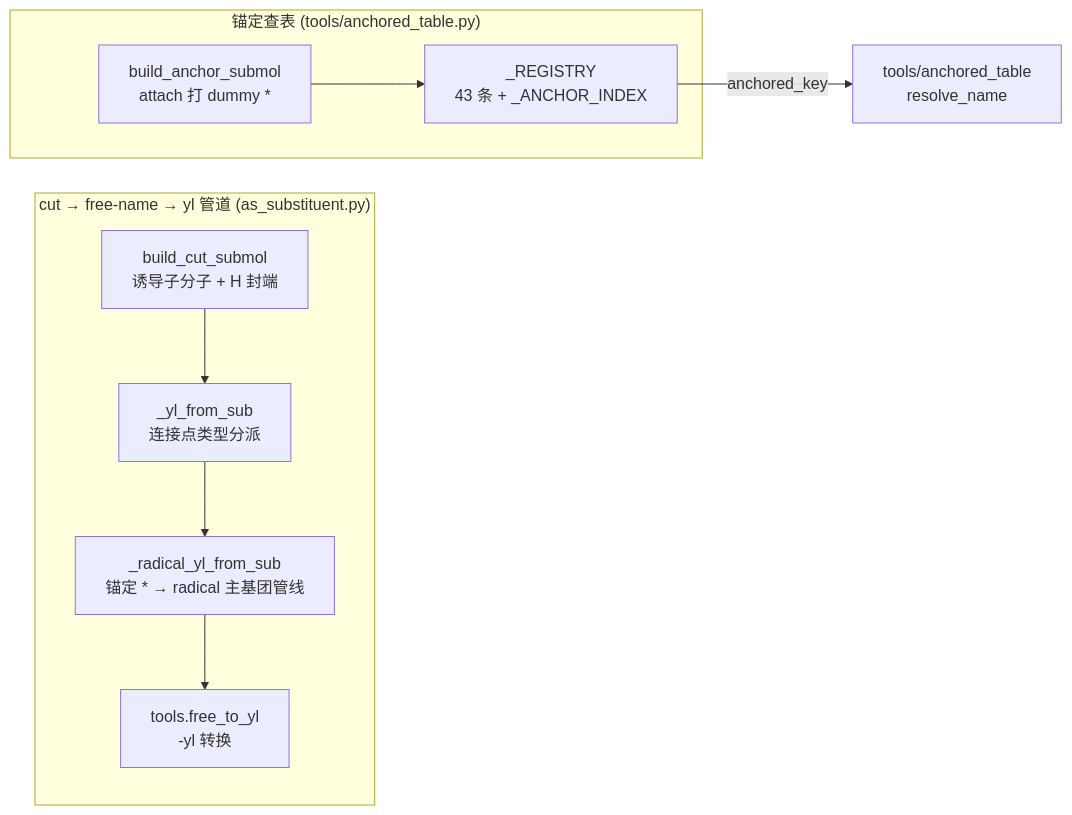
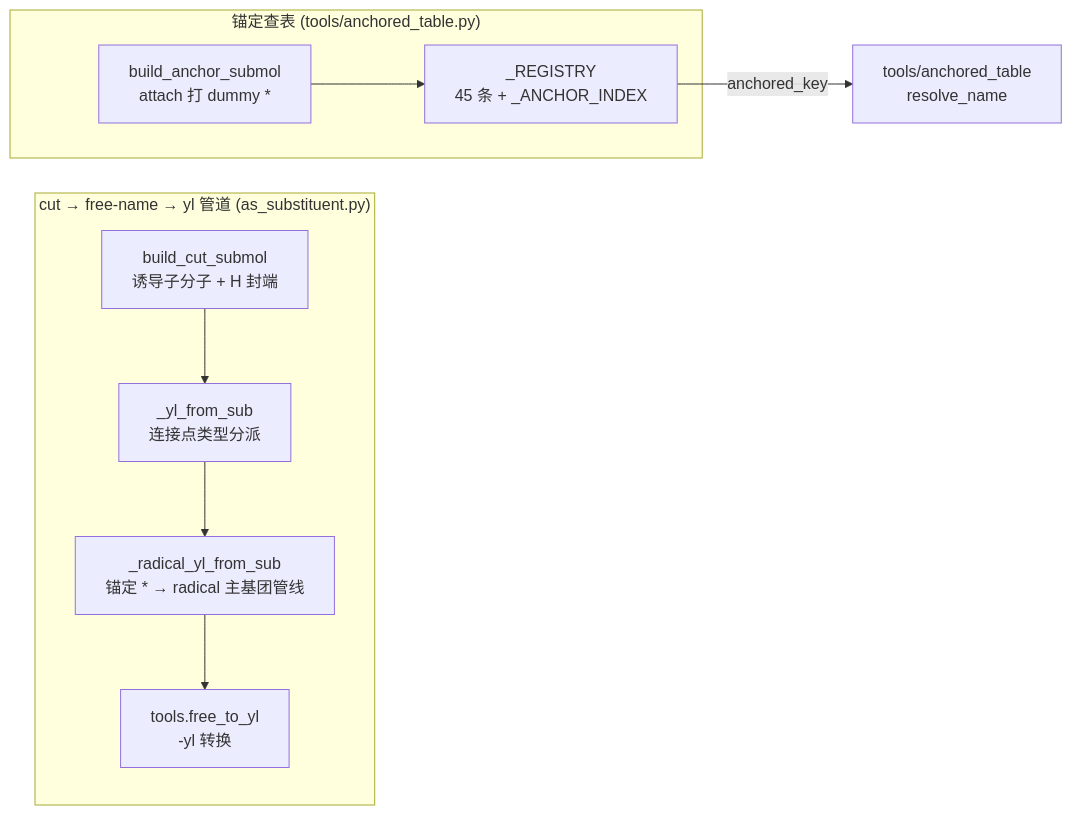
The second of 2 diagrams in docs/wiki/architecture/layer3-substituents.md (zouxiaofei1/OpenSMILES), drawn with Mermaid before and after one commit. The commit also changed other lines of this file and 14 other files, not shown here.

````diff
--- a/docs/wiki/architecture/layer3-substituents.md
+++ b/docs/wiki/architecture/layer3-substituents.md
@@ -164,20 +166,20 @@
 ```mermaid
 flowchart LR
     subgraph CUT["cut → free-name → yl 管道 (as_substituent.py)"]
         BC["build_cut_submol<br/>诱导子分子 + H 封端"]
         YL["_yl_from_sub<br/>连接点类型分派"]
         RAD["_radical_yl_from_sub<br/>锚定 * → radical 主基团管线"]
         FY["tools.free_to_yl<br/>-yl 转换"]
     end
 
     subgraph ANCHOR["锚定查表 (tools/anchored_table.py)"]
         BA["build_anchor_submol<br/>attach 打 dummy *"]
-        AT["_REGISTRY<br/>43 条 + _ANCHOR_INDEX"]
+        AT["_REGISTRY<br/>45 条 + _ANCHOR_INDEX"]
     end
 
     BC --> YL
     YL --> RAD
     RAD --> FY
     BA --> AT
     AT -->|"anchored_key"| REG["tools/anchored_table<br/>resolve_name"]
 ```
````
